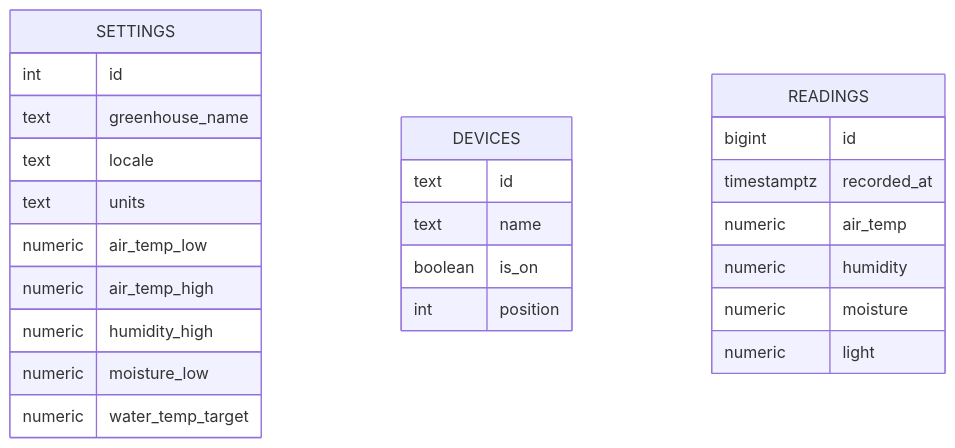
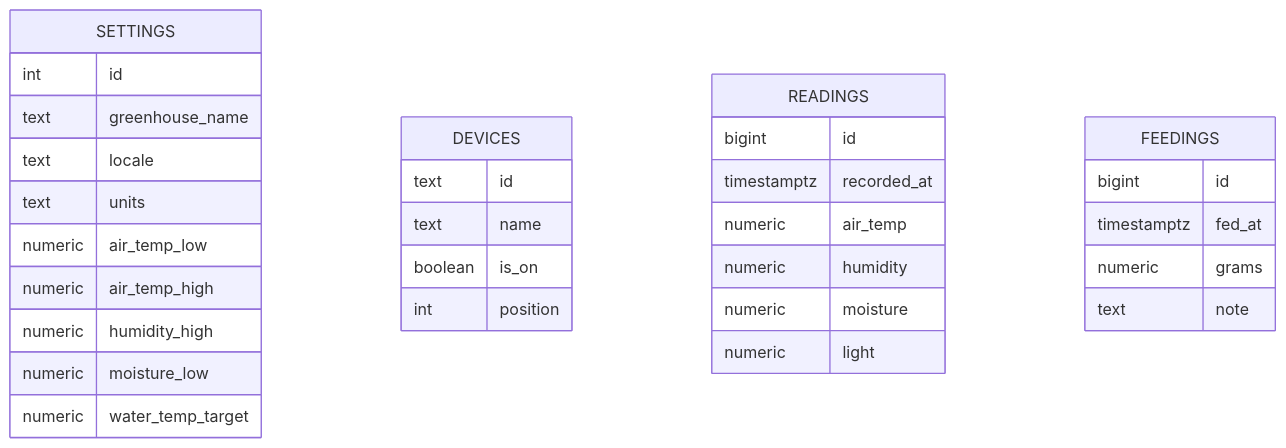
The diagram in README.md (zephygg/greenwater), drawn with Mermaid before and after one commit. The commit also changed other lines of this file and 16 other files, not shown here.

````diff
--- a/README.md
+++ b/README.md
@@ -65,28 +82,34 @@
 ```mermaid
 erDiagram
   SETTINGS {
     int id
     text greenhouse_name
     text locale
     text units
     numeric air_temp_low
     numeric air_temp_high
     numeric humidity_high
     numeric moisture_low
     numeric water_temp_target
   }
   DEVICES {
     text id
     text name
     boolean is_on
     int position
   }
   READINGS {
     bigint id
     timestamptz recorded_at
     numeric air_temp
     numeric humidity
     numeric moisture
     numeric light
   }
+  FEEDINGS {
+    bigint id
+    timestamptz fed_at
+    numeric grams
+    text note
+  }
 ```
````
